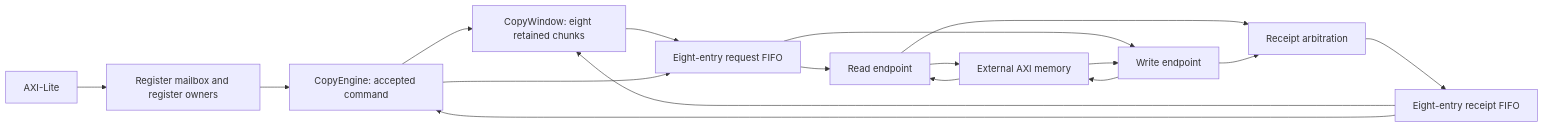
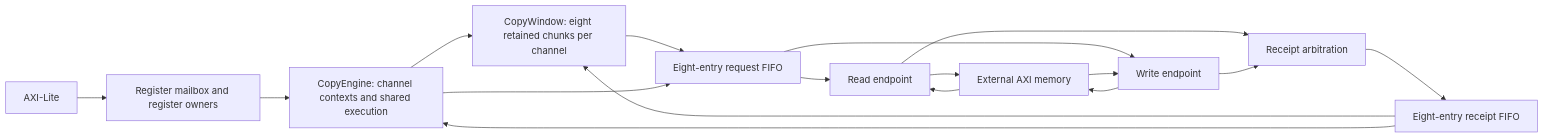
The diagram in docs/rtl/minimal-copy.md (shady831213/pdma), drawn with Mermaid before and after one commit. The commit also changed other lines of this file and 63 other files, not shown here.

````diff
--- a/docs/rtl/minimal-copy.md
+++ b/docs/rtl/minimal-copy.md
@@ -10,19 +14,19 @@
 ```mermaid
 flowchart LR
   SW[AXI-Lite] --> CSR[Register mailbox and register owners]
-  CSR --> CMD[CopyEngine: accepted command]
-  CMD --> WIN[CopyWindow: eight retained chunks]
+  CSR --> CMD[CopyEngine: channel contexts and shared execution]
+  CMD --> WIN[CopyWindow: eight retained chunks per channel]
   WIN --> REQ[Eight-entry request FIFO]
   CMD --> REQ
   REQ --> RD[Read endpoint]
   REQ --> WR[Write endpoint]
   RD --> MEM[External AXI memory]
   WR --> MEM
   MEM --> RD
   MEM --> WR
   RD --> MERGE[Receipt arbitration]
   WR --> MERGE
   MERGE --> RESP[Eight-entry receipt FIFO]
   RESP --> WIN
   RESP --> CMD
 ```
````
